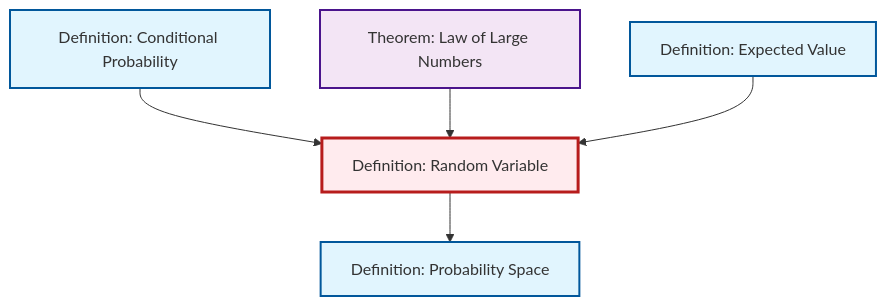
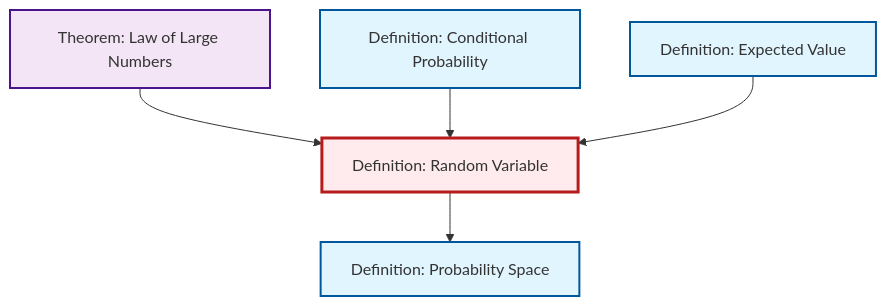
The diagram in output/mermaid/def-random-variable.mermaid (RK0429/ModernMath), drawn with Mermaid before and after one commit. The commit also changed other lines of this file and 1190 other files, not shown here.

````diff
--- a/output/mermaid/def-random-variable.mermaid
+++ b/output/mermaid/def-random-variable.mermaid
@@ -1,19 +1,19 @@
 ```{mermaid}
 %%| fig-cap: "Local dependency graph"
 graph TD
     classDef definition fill:#e1f5fe,stroke:#01579b,stroke-width:2px
     classDef theorem fill:#f3e5f5,stroke:#4a148c,stroke-width:2px
     classDef axiom fill:#fff3e0,stroke:#e65100,stroke-width:2px
     classDef example fill:#e8f5e9,stroke:#1b5e20,stroke-width:2px
     classDef current fill:#ffebee,stroke:#b71c1c,stroke-width:3px
-    def-expectation["Definition: Expected Value"]:::definition
-    def-conditional-probability["Definition: Conditional Probability"]:::definition
-    def-random-variable["Definition: Random Variable"]:::definition
     def-probability-space["Definition: Probability Space"]:::definition
     thm-law-of-large-numbers["Theorem: Law of Large Numbers"]:::theorem
+    def-conditional-probability["Definition: Conditional Probability"]:::definition
+    def-expectation["Definition: Expected Value"]:::definition
+    def-random-variable["Definition: Random Variable"]:::definition
+    thm-law-of-large-numbers --> def-random-variable
+    def-conditional-probability --> def-random-variable
     def-random-variable --> def-probability-space
-    def-conditional-probability --> def-random-variable
-    thm-law-of-large-numbers --> def-random-variable
     def-expectation --> def-random-variable
     class def-random-variable current
 ```
````
